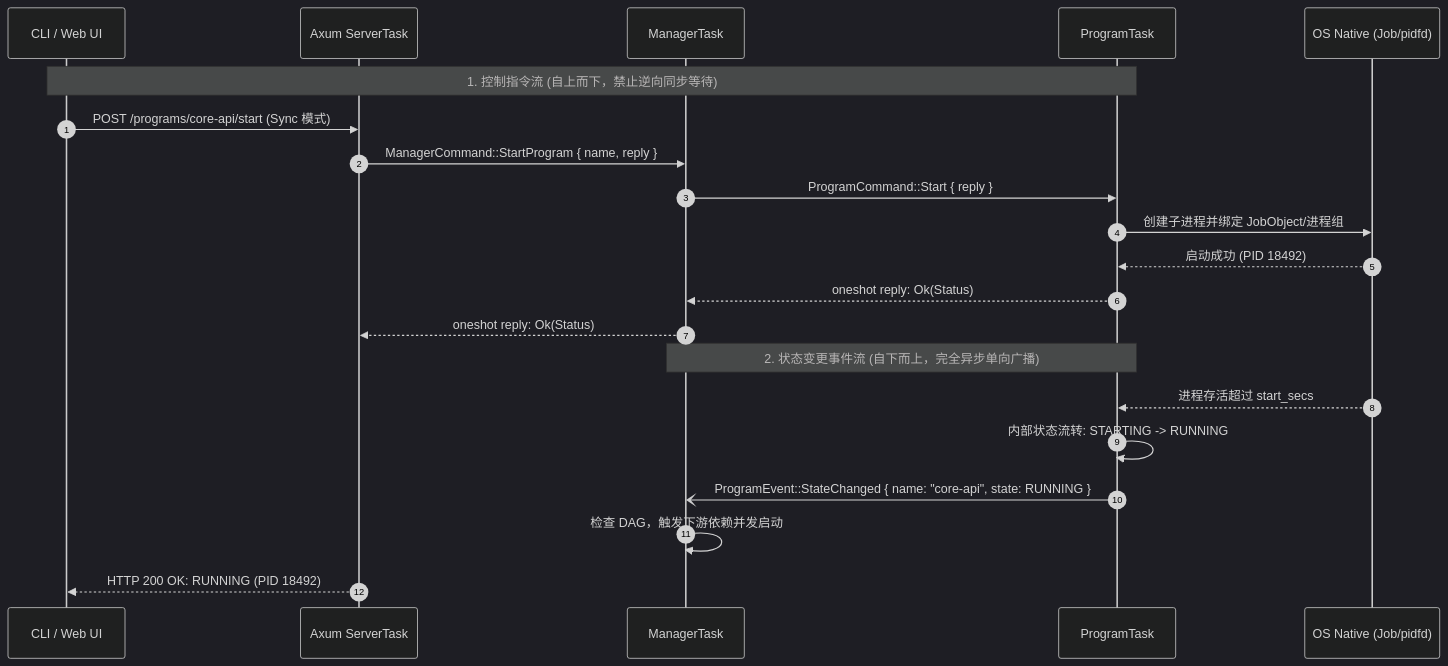
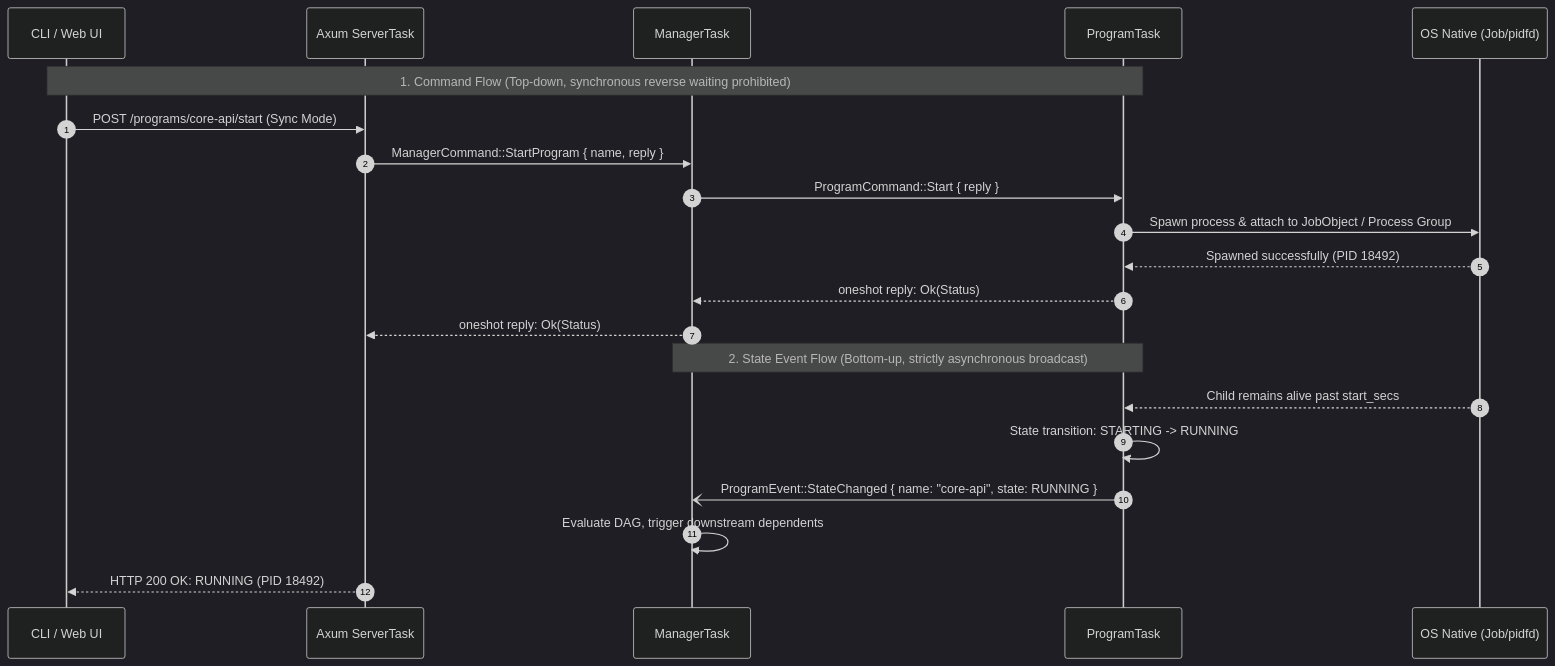
Before and after one commit to spritetong/rsupervisord: the second of 7 diagrams in docs/DESIGN.md, drawn with Mermaid (dark theme). The commit also changed other lines of this file and 21 other files, not shown here.

````diff
--- a/docs/DESIGN.md
+++ b/docs/DESIGN.md
@@ -93,25 +95,25 @@
 ```mermaid
 sequenceDiagram
     autonumber
     participant Client as CLI / Web UI
     participant Server as Axum ServerTask
     participant Manager as ManagerTask
     participant Program as ProgramTask
     participant OS as OS Native (Job/pidfd)
 
-    Note over Client, Program: 1. 控制指令流 (自上而下，禁止逆向同步等待)
-    Client->>Server: POST /programs/core-api/start (Sync 模式)
+    Note over Client, Program: 1. Command Flow (Top-down, synchronous reverse waiting prohibited)
+    Client->>Server: POST /programs/core-api/start (Sync Mode)
     Server->>Manager: ManagerCommand::StartProgram { name, reply }
     Manager->>Program: ProgramCommand::Start { reply }
-    Program->>OS: 创建子进程并绑定 JobObject/进程组
-    OS-->>Program: 启动成功 (PID 18492)
+    Program->>OS: Spawn process & attach to JobObject / Process Group
+    OS-->>Program: Spawned successfully (PID 18492)
     Program-->>Manager: oneshot reply: Ok(Status)
     Manager-->>Server: oneshot reply: Ok(Status)
 
-    Note over Program, Manager: 2. 状态变更事件流 (自下而上，完全异步单向广播)
-    OS-->>Program: 进程存活超过 start_secs
-    Program->>Program: 内部状态流转: STARTING -> RUNNING
+    Note over Program, Manager: 2. State Event Flow (Bottom-up, strictly asynchronous broadcast)
+    OS-->>Program: Child remains alive past start_secs
+    Program->>Program: State transition: STARTING -> RUNNING
     Program-)Manager: ProgramEvent::StateChanged { name: "core-api", state: RUNNING }
-    Manager->>Manager: 检查 DAG，触发下游依赖并发启动
+    Manager->>Manager: Evaluate DAG, trigger downstream dependents
     Server-->>Client: HTTP 200 OK: RUNNING (PID 18492)
 ```
````
